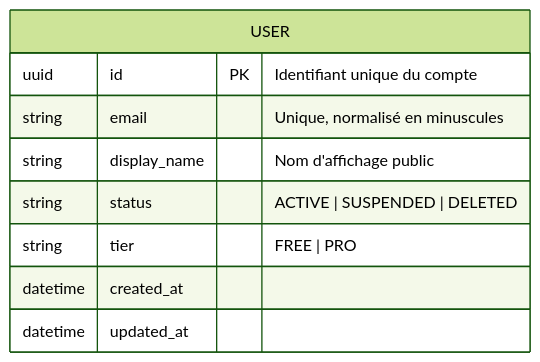
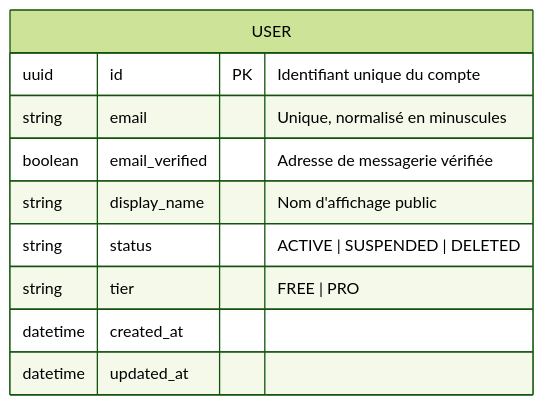
Before and after one commit to 2025-10-CDA-ECO-P6/PM-micro-saas: the diagram in docs/conception/domain/diagrams/mcd/identity-access.md, drawn with Mermaid (forest theme). The commit also changed 52 other files, not shown here.

````diff
--- a/docs/conception/domain/diagrams/mcd/identity-access.md
+++ b/docs/conception/domain/diagrams/mcd/identity-access.md
@@ -7,12 +7,13 @@
 ```mermaid
 erDiagram
     USER {
         uuid id PK "Identifiant unique du compte"
         string email "Unique, normalisé en minuscules"
+        boolean email_verified "Adresse de messagerie vérifiée"
         string display_name "Nom d'affichage public"
         string status "ACTIVE | SUSPENDED | DELETED"
         string tier "FREE | PRO"
         datetime created_at
         datetime updated_at
     }
 ```
````
